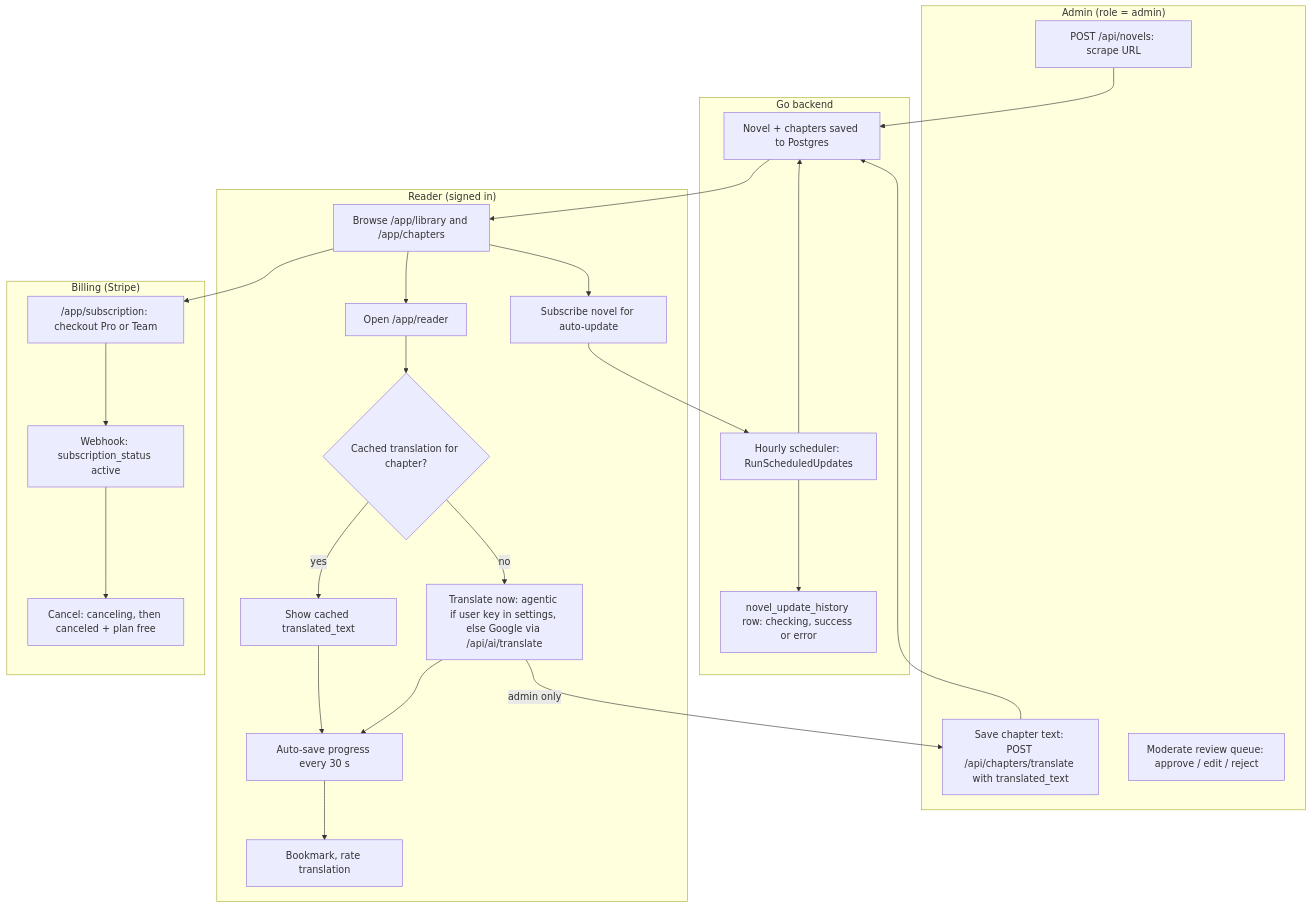
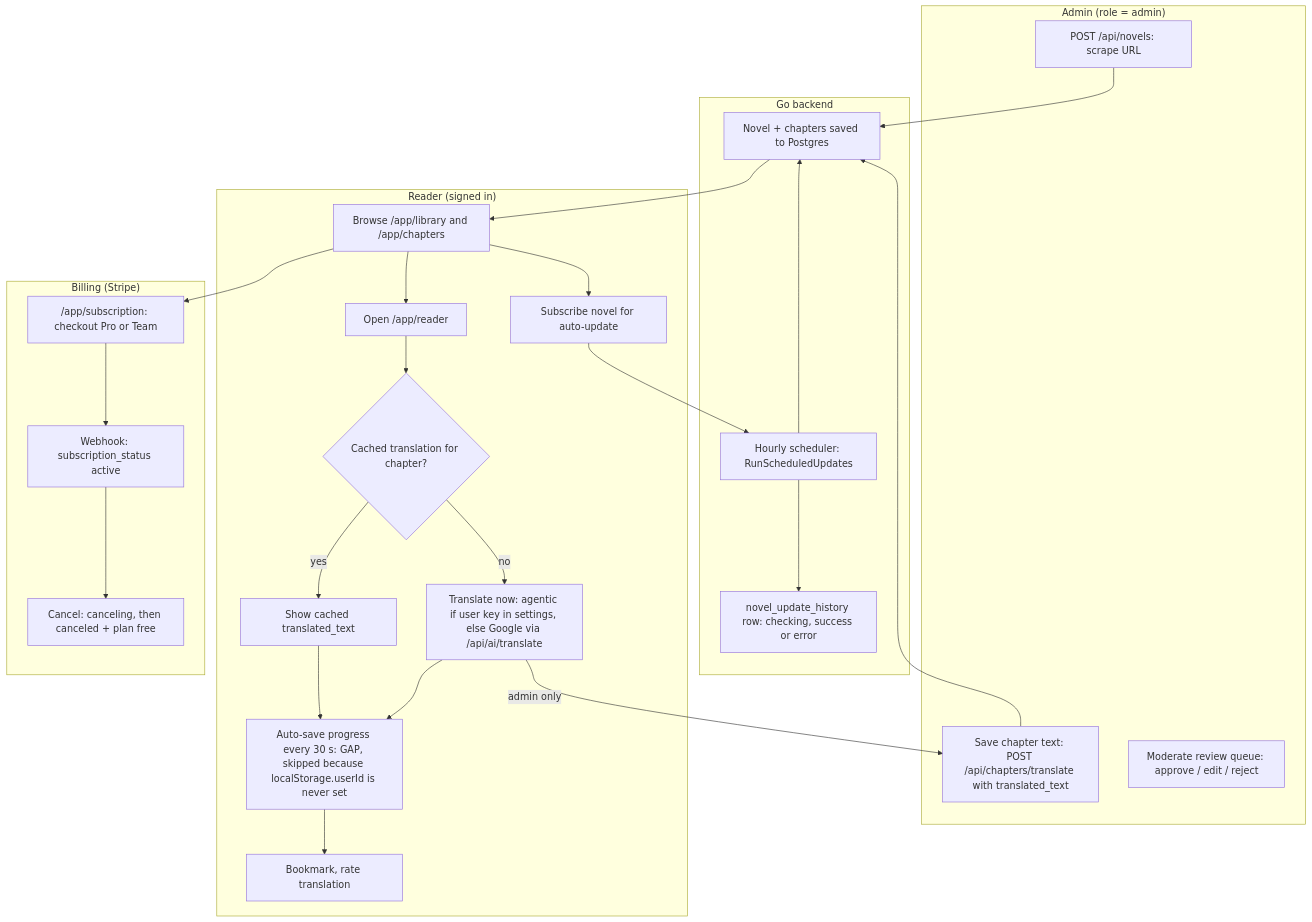
The first of 2 diagrams in docs/diagrams/01-business-process.md (bookchaowalit-website/content-bookreading), drawn with Mermaid before and after one commit. The commit also changed other lines of this file and 1 other file, not shown here.

Commit message:
docs: mark reading-progress auto-save as an As-Is gap
Codex review: saveCurrentProgress returns early without localStorage.userId,
which no login or register path sets, so the 30 s POST never happens.

````diff
--- a/docs/diagrams/01-business-process.md
+++ b/docs/diagrams/01-business-process.md
@@ -12,45 +12,45 @@
 ```mermaid
 flowchart TB
     subgraph Admin["Admin (role = admin)"]
         A1["POST /api/novels: scrape URL"]
         A2["Save chapter text: POST /api/chapters/translate with translated_text"]
         A3["Moderate review queue: approve / edit / reject"]
     end
 
     subgraph Backend["Go backend"]
         B1["Novel + chapters saved to Postgres"]
         B2["Hourly scheduler: RunScheduledUpdates"]
         B3["novel_update_history row: checking, success or error"]
     end
 
     subgraph Reader["Reader (signed in)"]
         R1["Browse /app/library and /app/chapters"]
         R2["Open /app/reader"]
         R3{"Cached translation for chapter?"}
         R4["Show cached translated_text"]
         R5["Translate now: agentic if user key in settings, else Google via /api/ai/translate"]
-        R6["Auto-save progress every 30 s"]
+        R6["Auto-save progress every 30 s: GAP, skipped because localStorage.userId is never set"]
         R7["Bookmark, rate translation"]
         R8["Subscribe novel for auto-update"]
     end
 
     subgraph Billing["Billing (Stripe)"]
         S1["/app/subscription: checkout Pro or Team"]
         S2["Webhook: subscription_status active"]
         S3["Cancel: canceling, then canceled + plan free"]
     end
 
     A1 --> B1
     B1 --> R1
     R1 --> R2 --> R3
     R3 -->|yes| R4
     R3 -->|no| R5
     R5 -->|admin only| A2
     A2 --> B1
     R4 --> R6
     R5 --> R6
     R6 --> R7
     R1 --> R8 --> B2 --> B3
     B2 --> B1
     R1 --> S1 --> S2 --> S3
 ```
````
